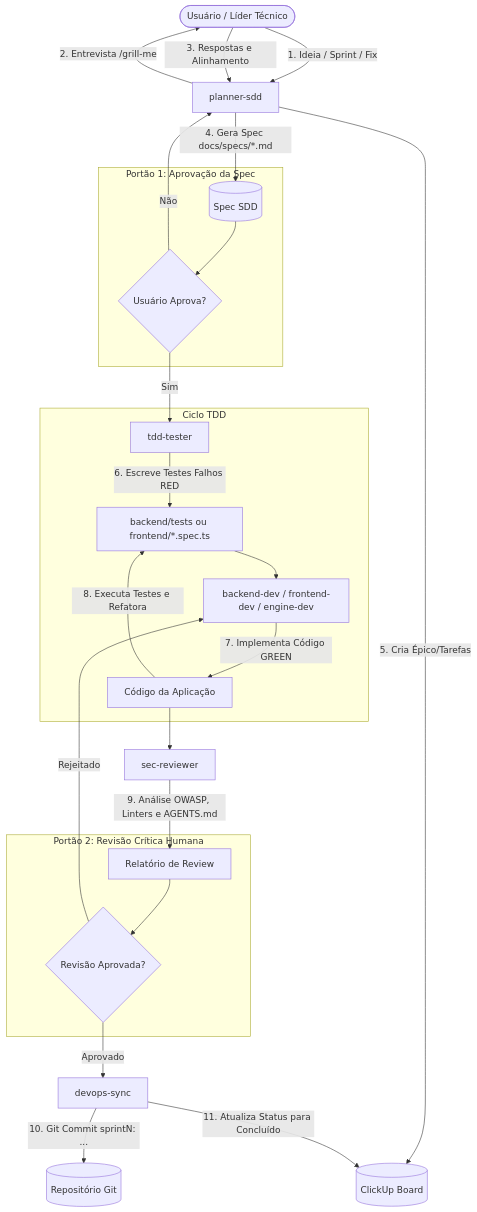
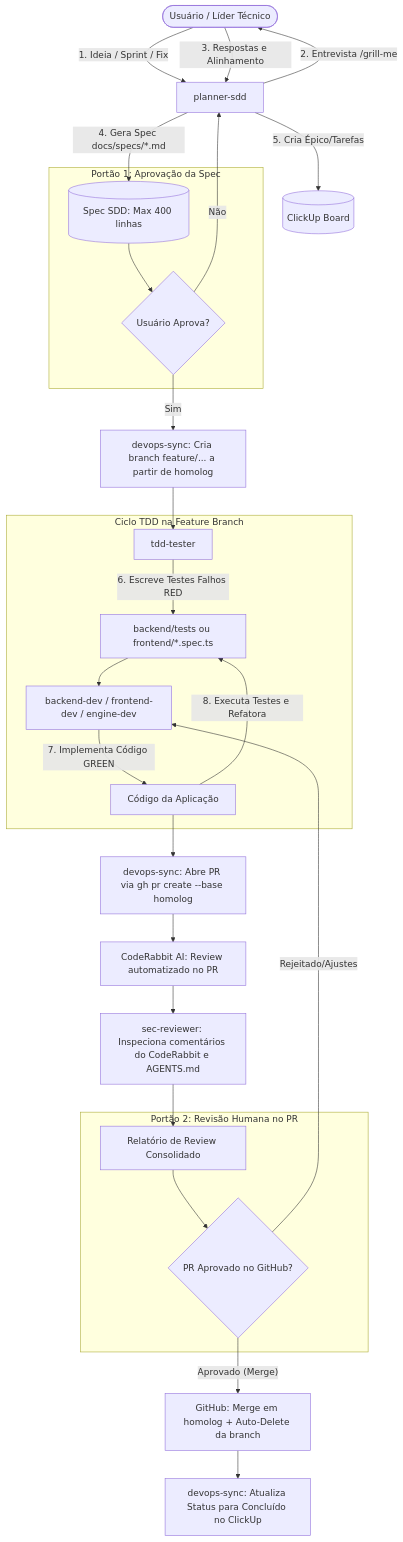
One commit to ValdVdC/Fabrica-de-Software-Gerenciador-de-salas changed the diagram in .agent/workflows/sdd-cycle.md. Above: the diagram before and after it, drawn with Mermaid. The commit also changed other lines of this file and 4 other files, not shown here.

````diff
--- a/.agent/workflows/sdd-cycle.md
+++ b/.agent/workflows/sdd-cycle.md
@@ -9,35 +9,37 @@
 ```mermaid
 flowchart TD
     User([Usuário / Líder Técnico]) -->|1. Ideia / Sprint / Fix| Planner[planner-sdd]
     Planner -->|2. Entrevista /grill-me| User
     User -->|3. Respostas e Alinhamento| Planner
-    Planner -->|4. Gera Spec docs/specs/*.md| Spec[(Spec SDD)]
+    Planner -->|4. Gera Spec docs/specs/*.md| Spec[(Spec SDD: Max 400 linhas)]
     Planner -->|5. Cria Épico/Tarefas| ClickUp[(ClickUp Board)]
     
     subgraph Gate1 [Portão 1: Aprovação da Spec]
         Spec --> UserApproval1{Usuário Aprova?}
     end
     
     UserApproval1 -- Não --> Planner
-    UserApproval1 -- Sim --> Tester[tdd-tester]
+    UserApproval1 -- Sim --> DevOpsBranch[devops-sync: Cria branch feature/... a partir de homolog]
+    DevOpsBranch --> Tester[tdd-tester]
     
-    subgraph TDD_Cycle [Ciclo TDD]
+    subgraph TDD_Cycle [Ciclo TDD na Feature Branch]
         Tester -->|6. Escreve Testes Falhos RED| TestSuite[backend/tests ou frontend/*.spec.ts]
         TestSuite --> Dev[backend-dev / frontend-dev / engine-dev]
         Dev -->|7. Implementa Código GREEN| Codebase[Código da Aplicação]
         Codebase -->|8. Executa Testes e Refatora| TestSuite
     end
     
-    Codebase --> SecReview[sec-reviewer]
-    SecReview -->|9. Análise OWASP, Linters e AGENTS.md| AuditReport[Relatório de Review]
+    Codebase --> OpenPR[devops-sync: Abre PR via gh pr create --base homolog]
+    OpenPR --> AIRabbit[CodeRabbit AI: Review automatizado no PR]
+    AIRabbit --> SecReview[sec-reviewer: Inspeciona comentários do CodeRabbit e AGENTS.md]
+    SecReview --> AuditReport[Relatório de Review Consolidado]
     
-    subgraph Gate2 [Portão 2: Revisão Crítica Humana]
-        AuditReport --> UserApproval2{Revisão Aprovada?}
+    subgraph Gate2 [Portão 2: Revisão Humana no PR]
+        AuditReport --> UserApproval2{PR Aprovado no GitHub?}
     end
     
-    UserApproval2 -- Rejeitado --> Dev
-    UserApproval2 -- Aprovado --> DevOps[devops-sync]
+    UserApproval2 -- Rejeitado/Ajustes --> Dev
+    UserApproval2 -- Aprovado (Merge) --> AutoDelete[GitHub: Merge em homolog + Auto-Delete da branch]
     
-    DevOps -->|10. Git Commit sprintN: ...| GitRepo[(Repositório Git)]
-    DevOps -->|11. Atualiza Status para Concluído| ClickUp
+    AutoDelete --> FinalSync[devops-sync: Atualiza Status para Concluído no ClickUp]
 ```
````
